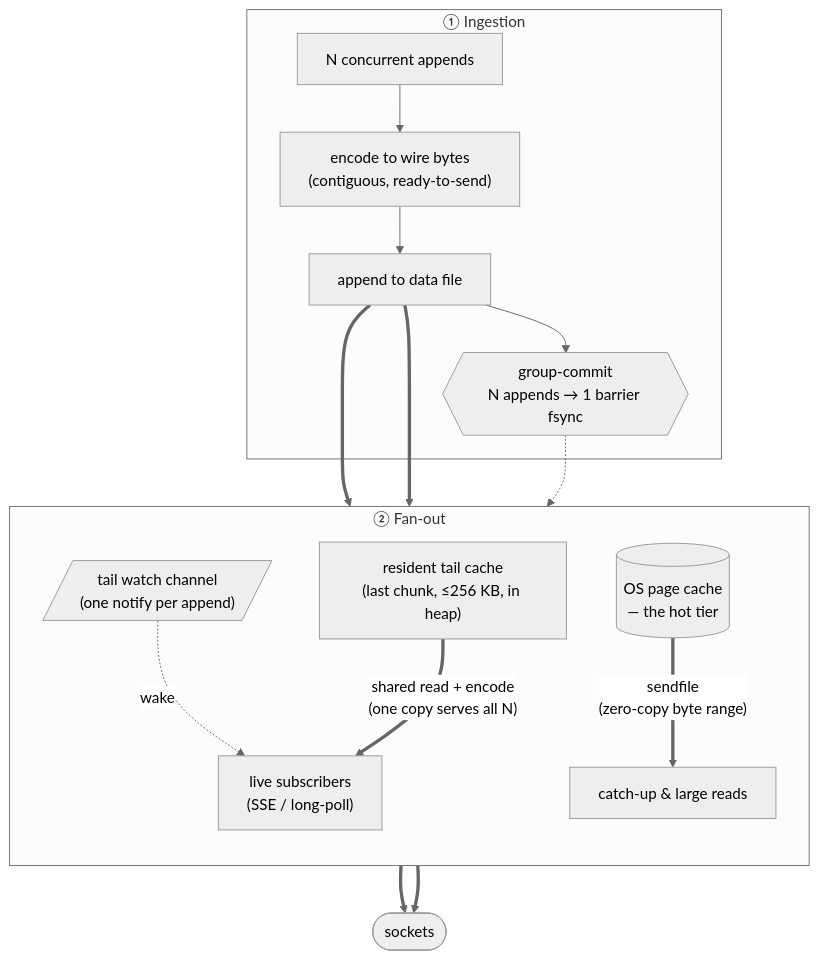
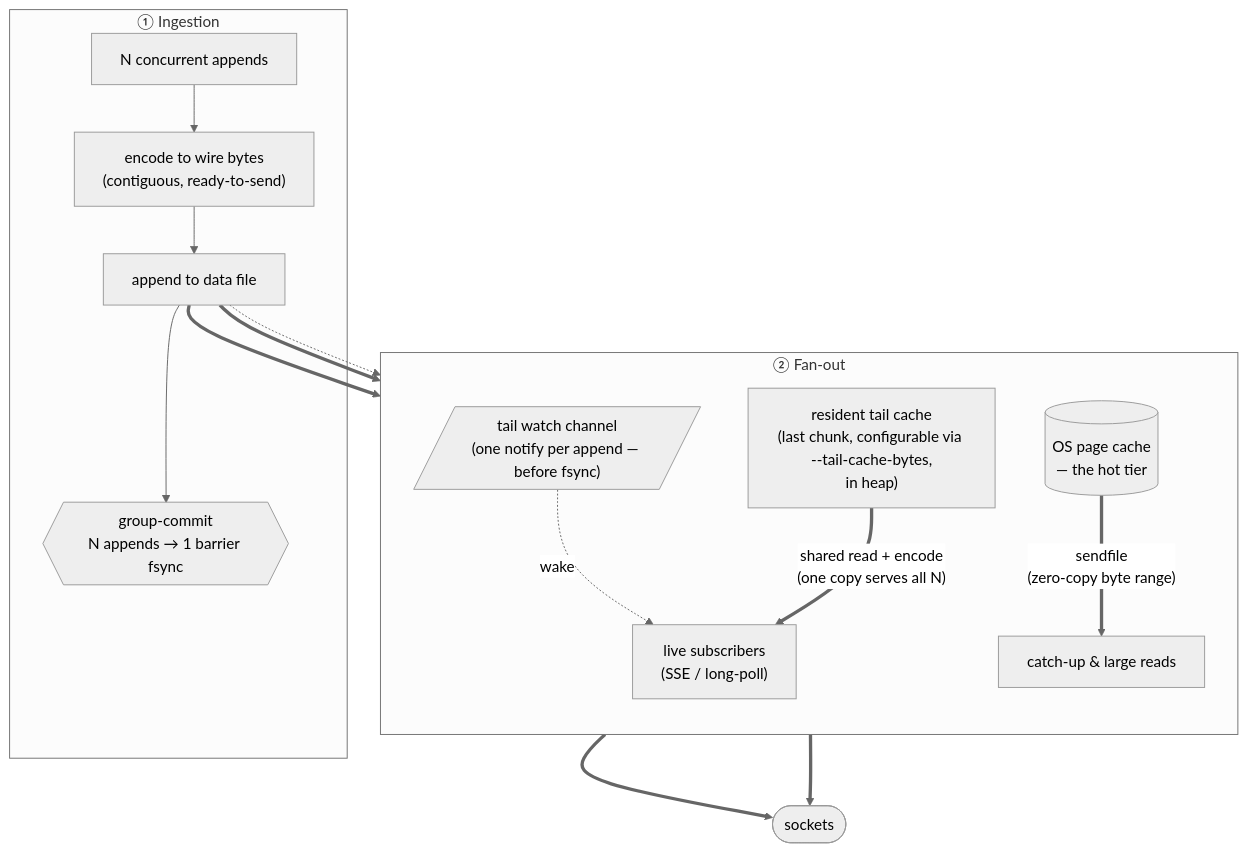
Before and after one commit to electric-sql/electric: the second of 3 diagrams in ARCHITECTURE.md, drawn with Mermaid (neutral theme). The commit also changed other lines of this file and 1 other file, not shown here.

````diff
--- a/ARCHITECTURE.md
+++ b/ARCHITECTURE.md
@@ -196,22 +201,22 @@
 ```mermaid
 flowchart TB
   subgraph ING["① Ingestion"]
     A1["N concurrent appends"] --> A2["encode to wire bytes<br/>(contiguous, ready-to-send)"]
     A2 --> A3["append to data file"]
     A3 --> A4{{"group-commit<br/>N appends → 1 barrier fsync"}}
   end
 
   A3 ==> PC[("OS page cache<br/>— the hot tier")]
-  A3 ==> RC["resident tail cache<br/>(last chunk, ≤256 KB, in heap)"]
-  A4 -.-> TW[/"tail watch channel<br/>(one notify per append)"/]
+  A3 ==> RC["resident tail cache<br/>(last chunk, configurable via --tail-cache-bytes,<br/>in heap)"]
+  A3 -.-> TW[/"tail watch channel<br/>(one notify per append — before fsync)"/]
 
   subgraph FAN["② Fan-out"]
     direction TB
     TW -. "wake" .-> SUBS["live subscribers<br/>(SSE / long-poll)"]
     RC ==>|"shared read + encode<br/>(one copy serves all N)"| SUBS
     PC ==>|"sendfile<br/>(zero-copy byte range)"| BIG["catch-up & large reads"]
   end
 
   SUBS ==> SOCK(["sockets"])
   BIG ==> SOCK
 ```
````
